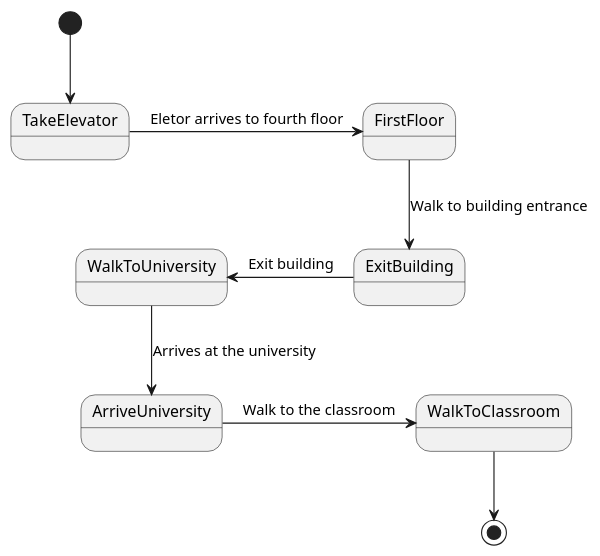
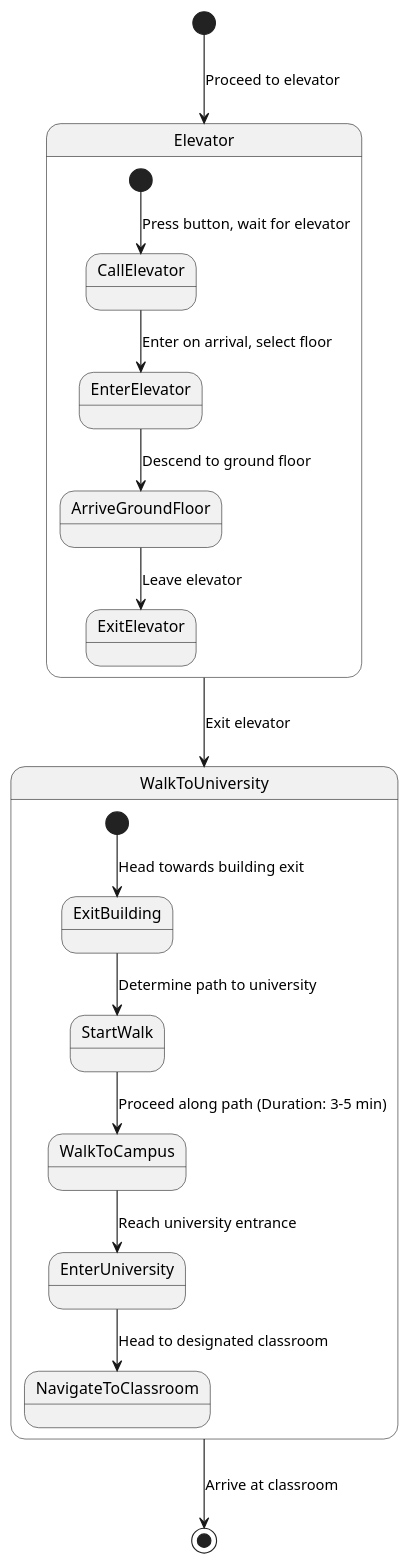
Before and after one commit to SebaPascal/Process-and-safety-assignment: the diagram in src/State2.md, drawn with PlantUML.

Commit message:
I change my code of state 2

````diff
--- a/src/State2.md
+++ b/src/State2.md
@@ -5,15 +5,24 @@
 ```plantuml
 @startuml
-skinparam backgroundColor transparent
-'skinparam linetype ortho'
+[*] --> Elevator : Proceed to elevator
 
-[*] --> TakeElevator
-TakeElevator -r-> FirstFloor : Eletor arrives to fourth floor
-FirstFloor --> ExitBuilding : Walk to building entrance
-ExitBuilding -l-> WalkToUniversity : Exit building
-WalkToUniversity --> ArriveUniversity : Arrives at the university
-ArriveUniversity -r-> WalkToClassroom : Walk to the classroom
-WalkToClassroom --> [*]
+state Elevator {
+    [*] --> CallElevator : Press button, wait for elevator
+    CallElevator --> EnterElevator : Enter on arrival, select floor
+    EnterElevator --> ArriveGroundFloor : Descend to ground floor
+    ArriveGroundFloor --> ExitElevator : Leave elevator
+}
 
+state WalkToUniversity {
+    [*] --> ExitBuilding : Head towards building exit
+    ExitBuilding --> StartWalk : Determine path to university
+    StartWalk --> WalkToCampus : Proceed along path (Duration: 3-5 min)
+    WalkToCampus --> EnterUniversity : Reach university entrance
+    EnterUniversity --> NavigateToClassroom : Head to designated classroom
+}
+
+Elevator --> WalkToUniversity : Exit elevator
+WalkToUniversity --> [*] : Arrive at classroom
 @enduml
+
 ```
````
